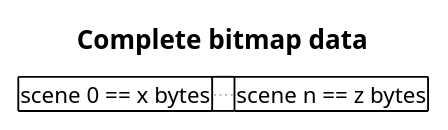
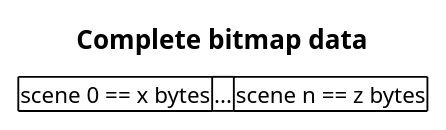
The third of 3 diagrams in photos/bitmap_data_descr.puml (jnweiger/led-name-badge-ls32), drawn with PlantUML before and after one commit. The commit also changed other lines of this file and 2 other files, not shown here.

```diff
--- a/photos/bitmap_data_descr.puml
+++ b/photos/bitmap_data_descr.puml
@@ -29,7 +31,7 @@
 @startuml  bitmap_data_all
 salt
 title Complete bitmap data
 {#
- scene 0 == x bytes | ... | scene n == z bytes
+ scene 0 == x bytes | <U+002E>.. | scene n == z bytes
 }
 @enduml
```
